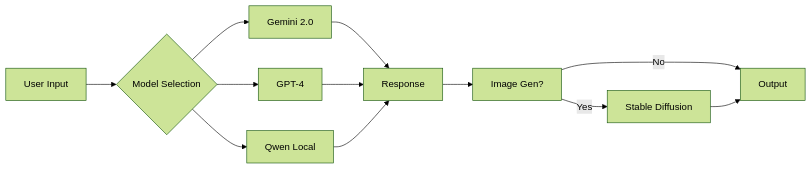
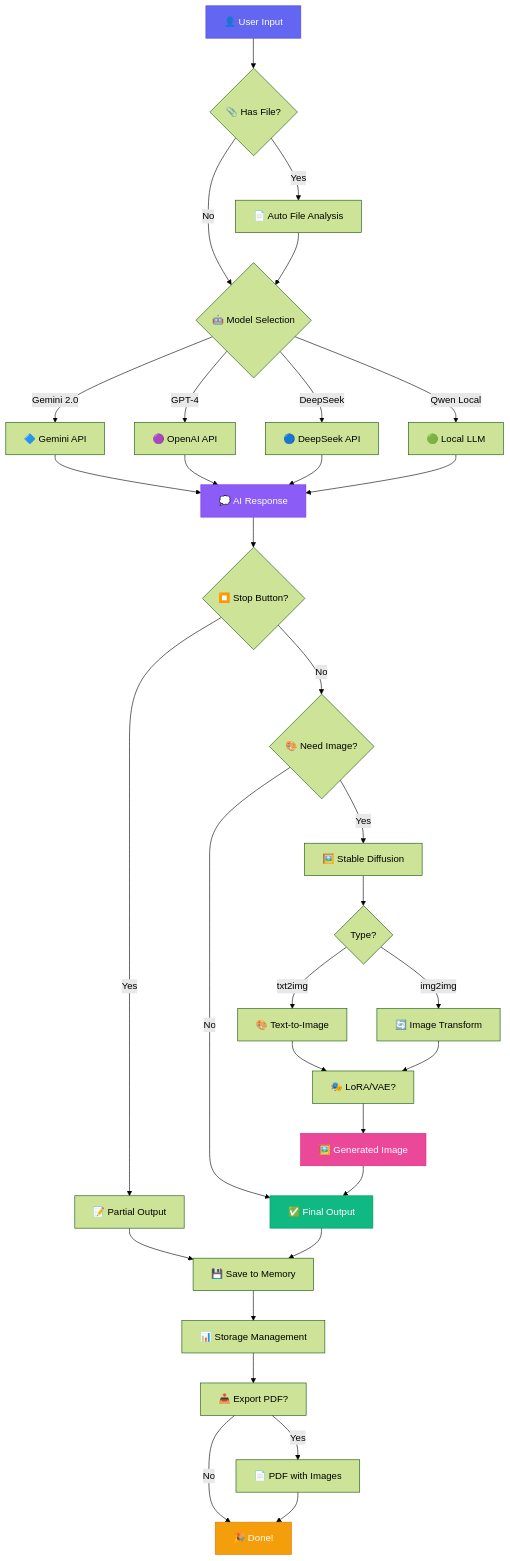
Before and after one commit to SkastVnT/AI-Assistant: the third of 16 diagrams in README.md, drawn with Mermaid (forest theme). The commit also changed other lines of this file and 57 other files, not shown here.

````diff
--- a/README.md
+++ b/README.md
@@ -135,14 +269,40 @@
 ```mermaid
-graph LR
-    A[User Input] --> B{Model Selection}
-    B --> C[Gemini 2.0]
-    B --> D[GPT-4]
-    B --> E[Qwen Local]
-    C --> F[Response]
-    D --> F
-    E --> F
-    F --> G[Image Gen?]
-    G -->|Yes| H[Stable Diffusion]
-    G -->|No| I[Output]
-    H --> I
+graph TB
+    A[👤 User Input] --> B{📎 Has File?}
+    B -->|Yes| C[📄 Auto File Analysis]
+    B -->|No| D{🤖 Model Selection}
+    C --> D
+    D -->|Gemini 2.0| E1[🔷 Gemini API]
+    D -->|GPT-4| E2[🟣 OpenAI API]
+    D -->|DeepSeek| E3[🔵 DeepSeek API]
+    D -->|Qwen Local| E4[🟢 Local LLM]
+    E1 --> F[💭 AI Response]
+    E2 --> F
+    E3 --> F
+    E4 --> F
+    F --> G{⏹️ Stop Button?}
+    G -->|Yes| H[📝 Partial Output]
+    G -->|No| I{🎨 Need Image?}
+    I -->|Yes| J[🖼️ Stable Diffusion]
+    I -->|No| K[✅ Final Output]
+    J --> L{Type?}
+    L -->|txt2img| M[🎨 Text-to-Image]
+    L -->|img2img| N[🔄 Image Transform]
+    M --> O[🎭 LoRA/VAE?]
+    N --> O
+    O --> P[🖼️ Generated Image]
+    P --> K
+    H --> Q[💾 Save to Memory]
+    K --> Q
+    Q --> R[📊 Storage Management]
+    R --> S[📥 Export PDF?]
+    S -->|Yes| T[📄 PDF with Images]
+    S -->|No| U[🎉 Done!]
+    T --> U
+    
+    style A fill:#6366F1,stroke:#4F46E5,color:#fff
+    style F fill:#8B5CF6,stroke:#7C3AED,color:#fff
+    style K fill:#10B981,stroke:#059669,color:#fff
+    style P fill:#EC4899,stroke:#DB2777,color:#fff
+    style U fill:#F59E0B,stroke:#D97706,color:#fff
 ```
````
